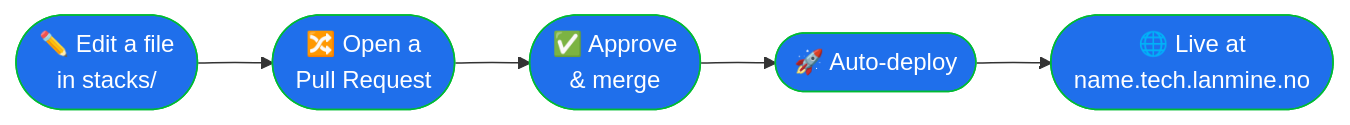
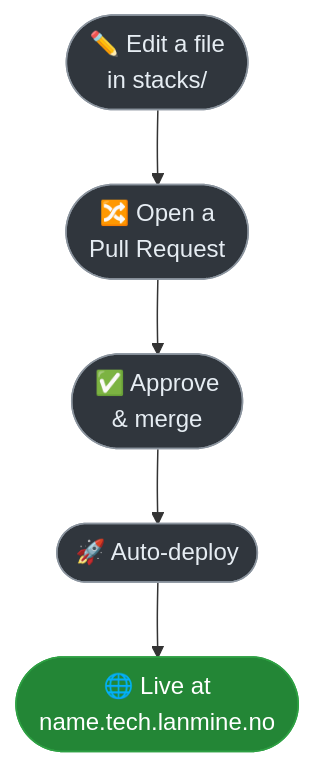
The diagram in README.md (LANmine/lanmine_infra), drawn with Mermaid before and after one commit.

Commit message:
README diagram: top-to-bottom, dark-mode-friendly colors

````diff
--- a/README.md
+++ b/README.md
@@ -7,9 +7,11 @@
 ```mermaid
-flowchart LR
+flowchart TB
   A(["✏️ Edit a file<br/>in stacks/"]) --> B(["🔀 Open a<br/>Pull Request"])
   B --> C(["✅ Approve<br/>& merge"])
   C --> D(["🚀 Auto-deploy"])
   D --> E(["🌐 Live at<br/>name.tech.lanmine.no"])
-  classDef s fill:#1f6feb,stroke:#0b3,color:#fff
-  class A,B,C,D,E s
+  classDef step fill:#30363d,stroke:#8b949e,color:#e6edf3
+  classDef live fill:#238636,stroke:#2ea043,color:#ffffff
+  class A,B,C,D step
+  class E live
 ```
````
